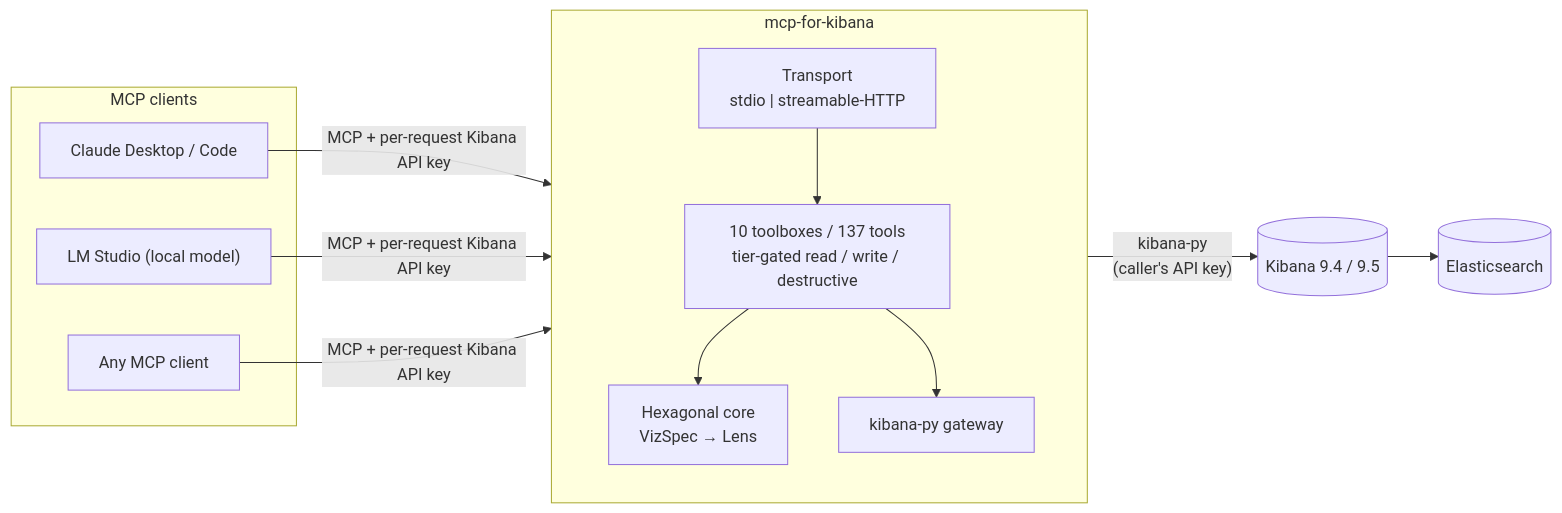
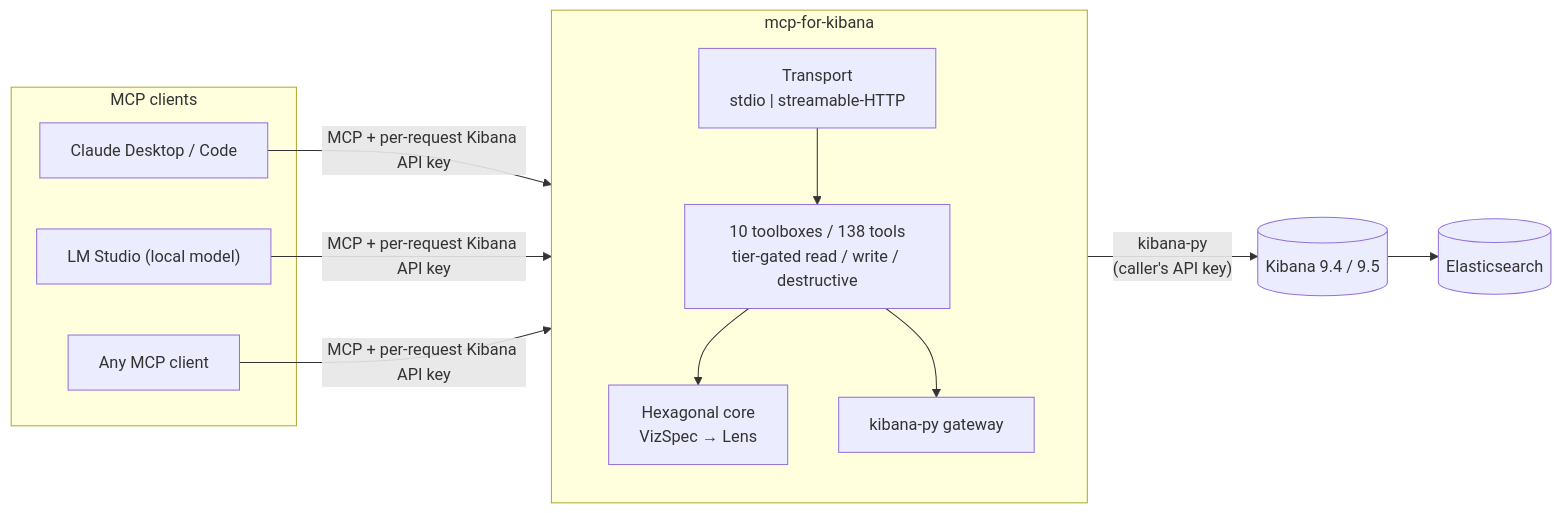
Before and after one commit to pedro-angel/mcp-for-kibana: the first of 4 diagrams in docs/architecture.md, drawn with Mermaid. The commit also changed other lines of this file and 29 other files, not shown here.

````diff
--- a/docs/architecture.md
+++ b/docs/architecture.md
@@ -14,23 +14,23 @@
 ```mermaid
 flowchart LR
     subgraph clients["MCP clients"]
         Claude["Claude Desktop / Code"]
         LMS["LM Studio (local model)"]
         Other["Any MCP client"]
     end
     subgraph server["mcp-for-kibana"]
         direction TB
         Transport["Transport<br/>stdio | streamable-HTTP"]
-        Toolboxes["10 toolboxes / 137 tools<br/>tier-gated read / write / destructive"]
+        Toolboxes["10 toolboxes / 138 tools<br/>tier-gated read / write / destructive"]
         Core["Hexagonal core<br/>VizSpec → Lens"]
         Gateway["kibana-py gateway"]
         Transport --> Toolboxes --> Core
         Toolboxes --> Gateway
     end
     ES[("Elasticsearch")]
     Kibana[("Kibana 9.4 / 9.5")]
 
     Claude & LMS & Other -->|"MCP + per-request Kibana API key"| Transport
     Gateway -->|"kibana-py<br/>(caller's API key)"| Kibana
     Kibana --> ES
 ```
````
